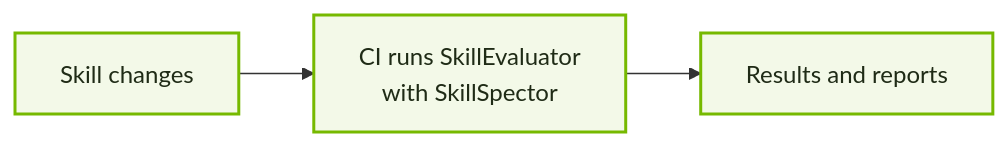
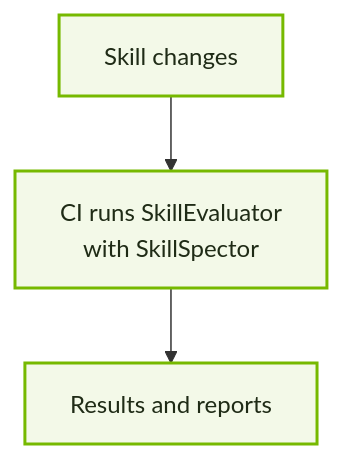
Before and after one commit to NVIDIA/SkillEvaluator: the diagram in docs/repository-integration.mdx, drawn with Mermaid. The commit also changed 1 other file, not shown here.

Commit message:
test: cover merged-result mode and improve mobile flow

````diff
--- a/docs/repository-integration.mdx
+++ b/docs/repository-integration.mdx
@@ -16,7 +16,7 @@
 ```mermaid
-flowchart LR
+flowchart TD
     repo["Skill changes"] --> runtime["CI runs SkillEvaluator<br/>with SkillSpector"]
     runtime --> report["Results and reports"]
     classDef step fill:#f3f9e8,stroke:#76b900,color:#1f2b16,stroke-width:2px
     class repo,runtime,report step
 ```
````
